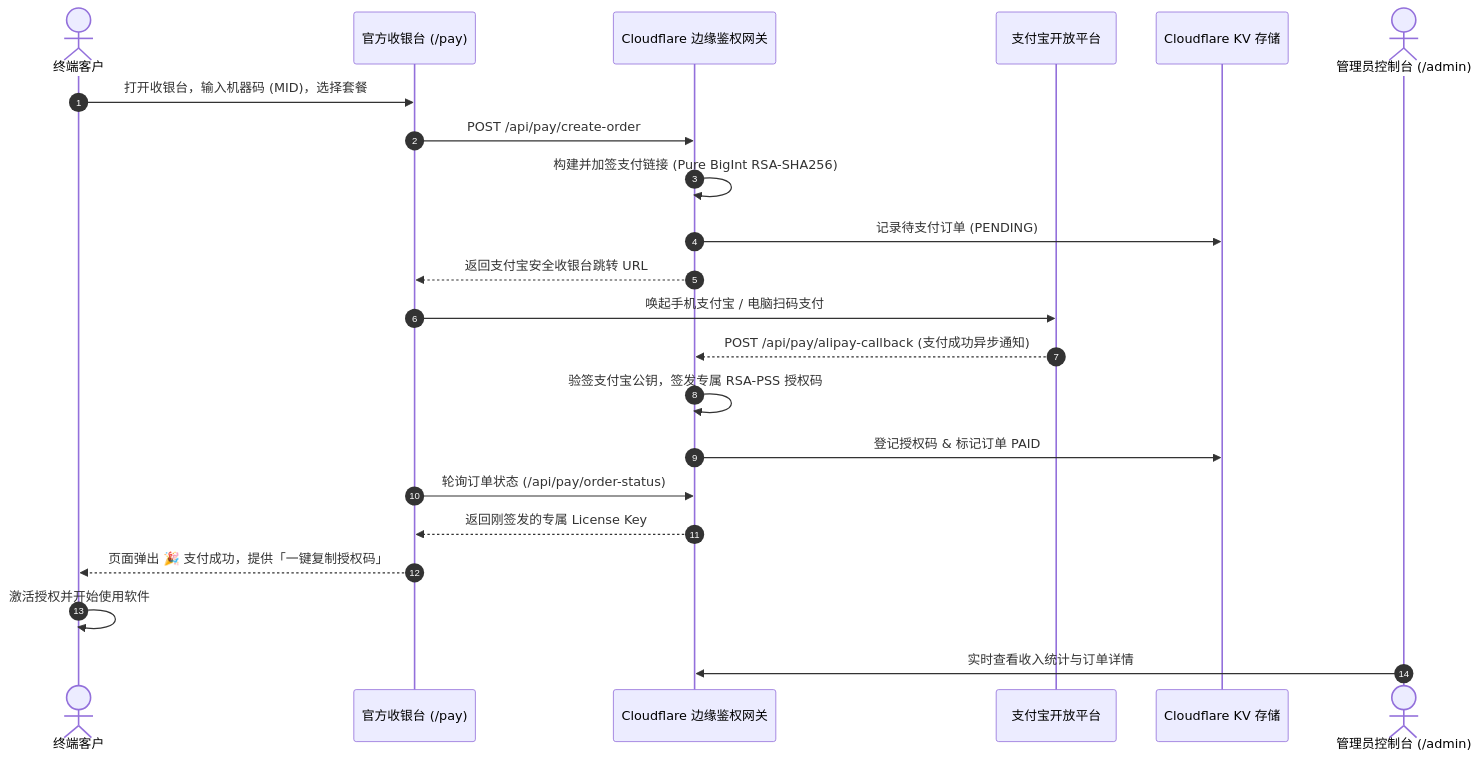
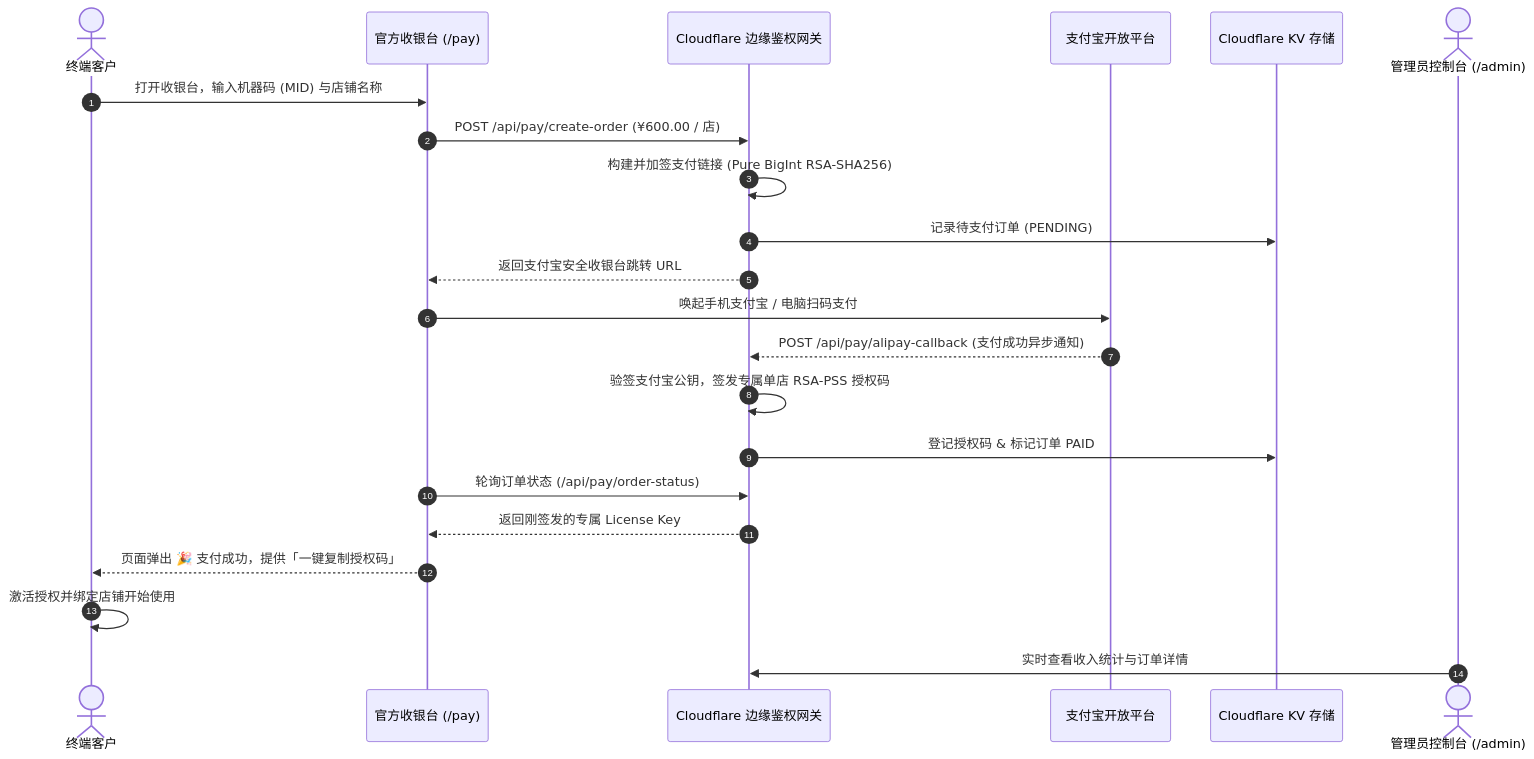
Before and after one commit to cnproduct/serverless-alipay-cashier-gateway: the diagram in README.md, drawn with Mermaid. The commit also changed other lines of this file and 4 other files, not shown here.

````diff
--- a/README.md
+++ b/README.md
@@ -23,25 +25,25 @@
 ```mermaid
 sequenceDiagram
     autonumber
     actor User as 终端客户
     participant Cashier as 官方收银台 (/pay)
     participant Worker as Cloudflare 边缘鉴权网关
     participant Alipay as 支付宝开放平台
     participant KV as Cloudflare KV 存储
     actor Admin as 管理员控制台 (/admin)
 
-    User->>Cashier: 打开收银台，输入机器码 (MID)，选择套餐
-    Cashier->>Worker: POST /api/pay/create-order
+    User->>Cashier: 打开收银台，输入机器码 (MID) 与店铺名称
+    Cashier->>Worker: POST /api/pay/create-order (¥600.00 / 店)
     Worker->>Worker: 构建并加签支付链接 (Pure BigInt RSA-SHA256)
     Worker->>KV: 记录待支付订单 (PENDING)
     Worker-->>Cashier: 返回支付宝安全收银台跳转 URL
     Cashier->>Alipay: 唤起手机支付宝 / 电脑扫码支付
     Alipay-->>Worker: POST /api/pay/alipay-callback (支付成功异步通知)
-    Worker->>Worker: 验签支付宝公钥，签发专属 RSA-PSS 授权码
+    Worker->>Worker: 验签支付宝公钥，签发专属单店 RSA-PSS 授权码
     Worker->>KV: 登记授权码 & 标记订单 PAID
     Cashier->>Worker: 轮询订单状态 (/api/pay/order-status)
     Worker-->>Cashier: 返回刚签发的专属 License Key
     Cashier-->>User: 页面弹出 🎉 支付成功，提供「一键复制授权码」
-    User->>User: 激活授权并开始使用软件
+    User->>User: 激活授权并绑定店铺开始使用
     Admin->>Worker: 实时查看收入统计与订单详情
 ```
````
